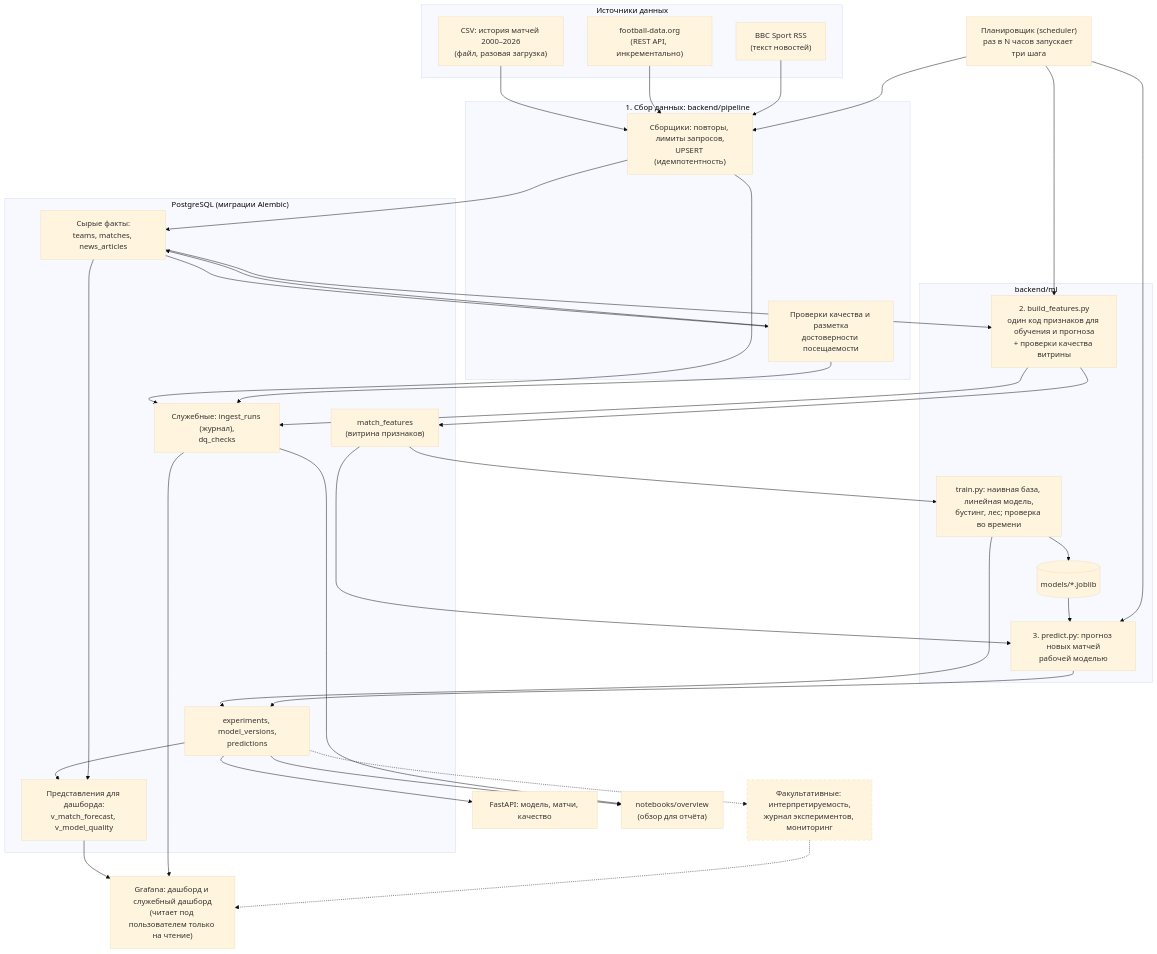
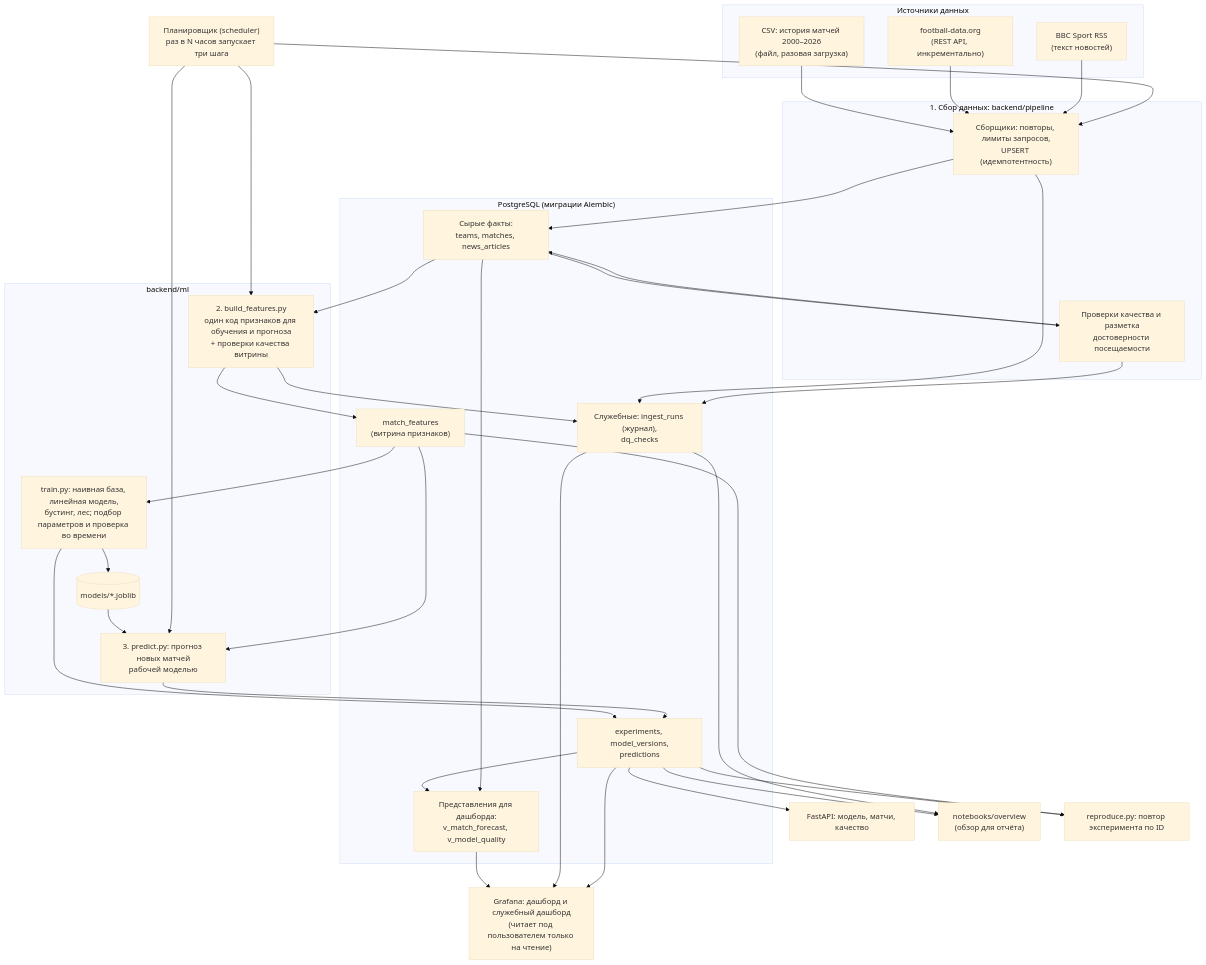
The diagram in docs/architecture.md (IIcon18/epl_forecast), drawn with Mermaid (base theme) before and after one commit. The commit also changed other lines of this file and 9 other files, not shown here.

Commit message:
Добавил подбор моделей с повтором экспериментов и упростил код

````diff
--- a/docs/architecture.md
+++ b/docs/architecture.md
@@ -5,68 +3,66 @@
 ```mermaid
 flowchart TB
     subgraph SRC["Источники данных"]
         CSV["CSV: история матчей 2000–2026<br/>(файл, разовая загрузка)"]
         API["football-data.org<br/>(REST API, инкрементально)"]
         RSS["BBC Sport RSS<br/>(текст новостей)"]
     end
 
     SCH["Планировщик (scheduler)<br/>раз в N часов запускает три шага"]
 
     subgraph PIPE["1. Сбор данных: backend/pipeline"]
         COL["Сборщики: повторы, лимиты запросов,<br/>UPSERT (идемпотентность)"]
         DQ["Проверки качества и разметка<br/>достоверности посещаемости"]
     end
 
     subgraph DB["PostgreSQL (миграции Alembic)"]
         RAW["Сырые факты:<br/>teams, matches, news_articles"]
         OPS["Служебные: ingest_runs (журнал),<br/>dq_checks"]
         FEAT["match_features<br/>(витрина признаков)"]
         REG["experiments, model_versions,<br/>predictions"]
         VIEWS["Представления для дашборда:<br/>v_match_forecast, v_model_quality"]
     end
 
     subgraph ML["backend/ml"]
         FB["2. build_features.py<br/>один код признаков для обучения и прогноза<br/>+ проверки качества витрины"]
         PR["3. predict.py: прогноз новых матчей<br/>рабочей моделью"]
-        TR["train.py: наивная база, линейная модель,<br/>бустинг, лес; проверка во времени"]
+        TR["train.py: наивная база, линейная модель,<br/>бустинг, лес; подбор параметров и проверка во времени"]
         ART[("models/*.joblib")]
     end
 
     GF["Grafana: дашборд и служебный дашборд<br/>(читает под пользователем только на чтение)"]
     BACK["FastAPI: модель, матчи, качество"]
     NB["notebooks/overview<br/>(обзор для отчёта)"]
-    OPT["Факультативные: интерпретируемость,<br/>журнал экспериментов, мониторинг"]
+    REPLAY["reproduce.py: повтор эксперимента по ID"]
 
     CSV --> COL
     API --> COL
     RSS --> COL
     COL --> RAW
     COL --> OPS
     RAW --> DQ
     DQ --> OPS
     DQ --> RAW
     RAW --> FB
     FB --> FEAT
     FB --> OPS
     FEAT --> TR
     TR --> REG
     TR --> ART
     ART --> PR
     FEAT --> PR
     PR --> REG
     REG --> VIEWS
     RAW --> VIEWS
     VIEWS --> GF
     OPS --> GF
     REG --> BACK
     REG --> NB
     OPS --> NB
     SCH --> COL
     SCH --> FB
     SCH --> PR
-    REG -.-> OPT
-    OPT -.-> GF
-
-    classDef planned stroke-dasharray: 5 5
-    class OPT planned
+    REG --> REPLAY
+    FEAT --> REPLAY
+    REG --> GF
 ```
````
